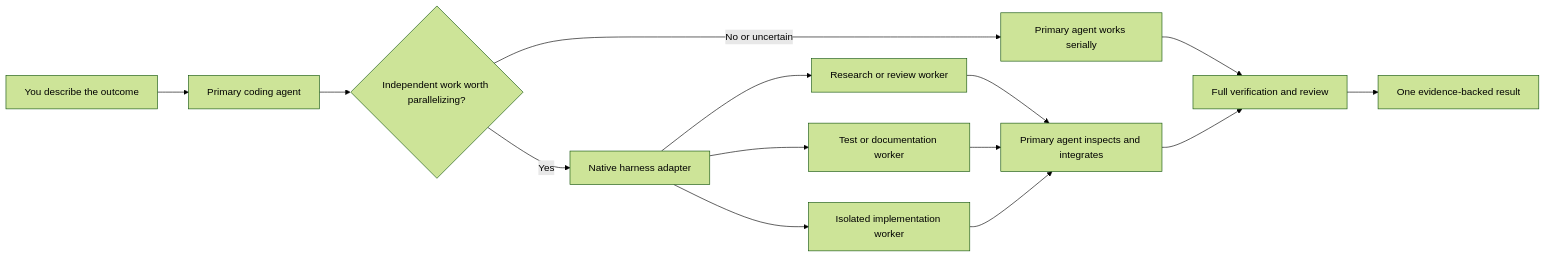
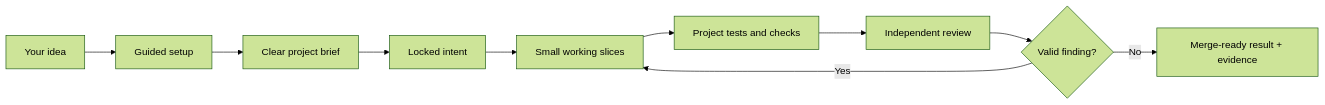
Before and after one commit to samtay32/ultimate-agent-stack: the diagram in README.md, drawn with Mermaid (forest theme). The commit also changed other lines of this file and 1 other file, not shown here.

````diff
--- a/README.md
+++ b/README.md
@@ -171,16 +84,12 @@
 ```mermaid
 flowchart LR
-    U["You describe the outcome"] --> P["Primary coding agent"]
-    P --> D{"Independent work worth parallelizing?"}
-    D -- "No or uncertain" --> S["Primary agent works serially"]
-    D -- "Yes" --> A["Native harness adapter"]
-    A --> R["Research or review worker"]
-    A --> T["Test or documentation worker"]
-    A --> W["Isolated implementation worker"]
-    R --> I["Primary agent inspects and integrates"]
-    T --> I
-    W --> I
-    S --> V["Full verification and review"]
-    I --> V
-    V --> O["One evidence-backed result"]
+    I["Your idea"] --> S["Guided setup"]
+    S --> B["Clear project brief"]
+    B --> L["Locked intent"]
+    L --> V["Small working slices"]
+    V --> T["Project tests and checks"]
+    T --> R["Independent review"]
+    R --> F{"Valid finding?"}
+    F -- "Yes" --> V
+    F -- "No" --> D["Merge-ready result + evidence"]
 ```
````
